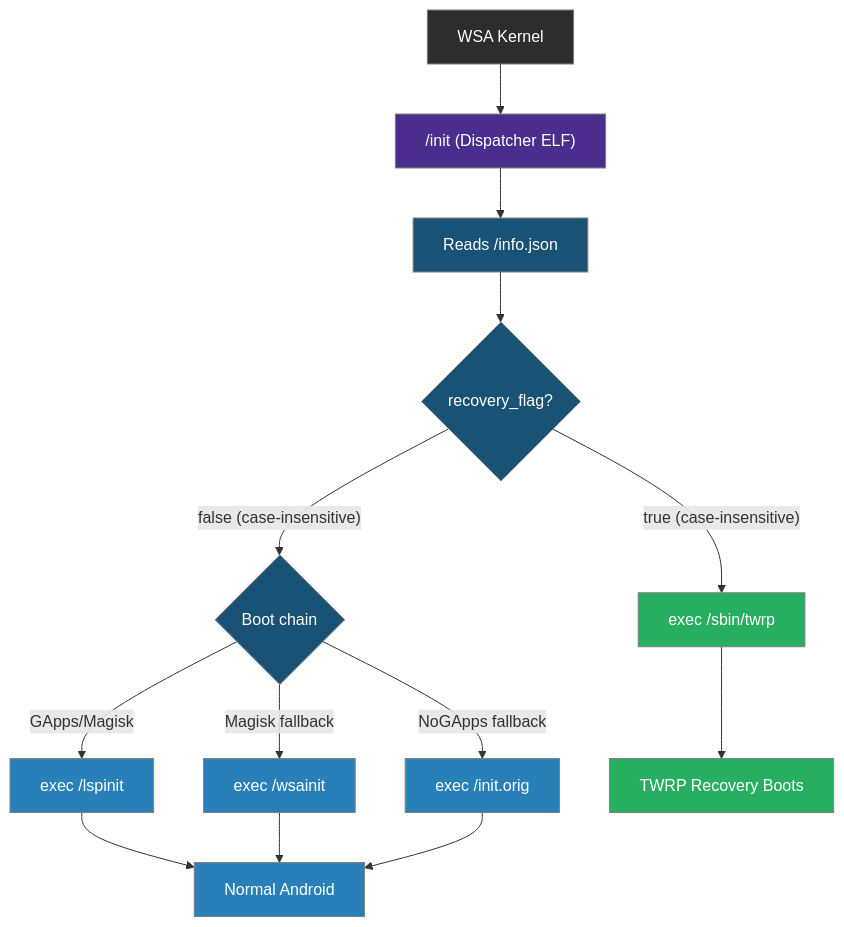
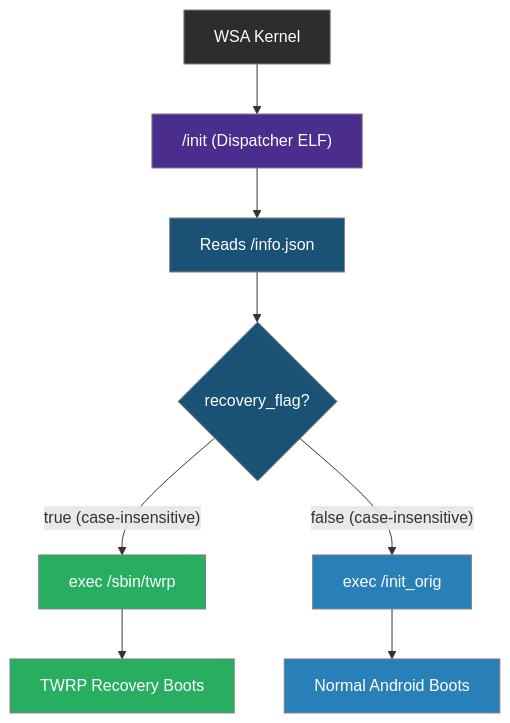
Before and after one commit to WSA-Installer/twrp-for-wsa: the first of 2 diagrams in docs/architecture.md, drawn with Mermaid. The commit also changed other lines of this file and 4 other files, not shown here.

First line of the commit message:
Simplify init.c: kernel starts /init, dispatcher chains to /init_orig

````diff
--- a/docs/architecture.md
+++ b/docs/architecture.md
@@ -88,27 +86,19 @@
 ```mermaid
 flowchart TD
     A[WSA Kernel] --> B["/init (Dispatcher ELF)"]
     B --> C[Reads /info.json]
     C --> D{recovery_flag?}
     D -->|"true (case-insensitive)"| E["exec /sbin/twrp"]
-    D -->|"false (case-insensitive)"| F{Boot chain}
-    F -->|GApps/Magisk| G["exec /lspinit"]
-    F -->|Magisk fallback| H["exec /wsainit"]
-    F -->|NoGApps fallback| I["exec /init.orig"]
-    E --> J[TWRP Recovery Boots]
-    G --> K[Normal Android]
-    H --> K
-    I --> K
+    D -->|"false (case-insensitive)"| F["exec /init_orig"]
+    E --> G[TWRP Recovery Boots]
+    F --> H[Normal Android Boots]
 
     style A fill:#2d2d2d,stroke:#808080,color:#fff
     style B fill:#4a2d8c,stroke:#808080,color:#fff
     style C fill:#1a5276,stroke:#808080,color:#fff
     style D fill:#1a5276,stroke:#808080,color:#fff
     style E fill:#27ae60,stroke:#808080,color:#fff
-    style F fill:#1a5276,stroke:#808080,color:#fff
-    style G fill:#2980b9,stroke:#808080,color:#fff
+    style F fill:#2980b9,stroke:#808080,color:#fff
+    style G fill:#27ae60,stroke:#808080,color:#fff
     style H fill:#2980b9,stroke:#808080,color:#fff
-    style I fill:#2980b9,stroke:#808080,color:#fff
-    style J fill:#27ae60,stroke:#808080,color:#fff
-    style K fill:#2980b9,stroke:#808080,color:#fff
 ```
````
